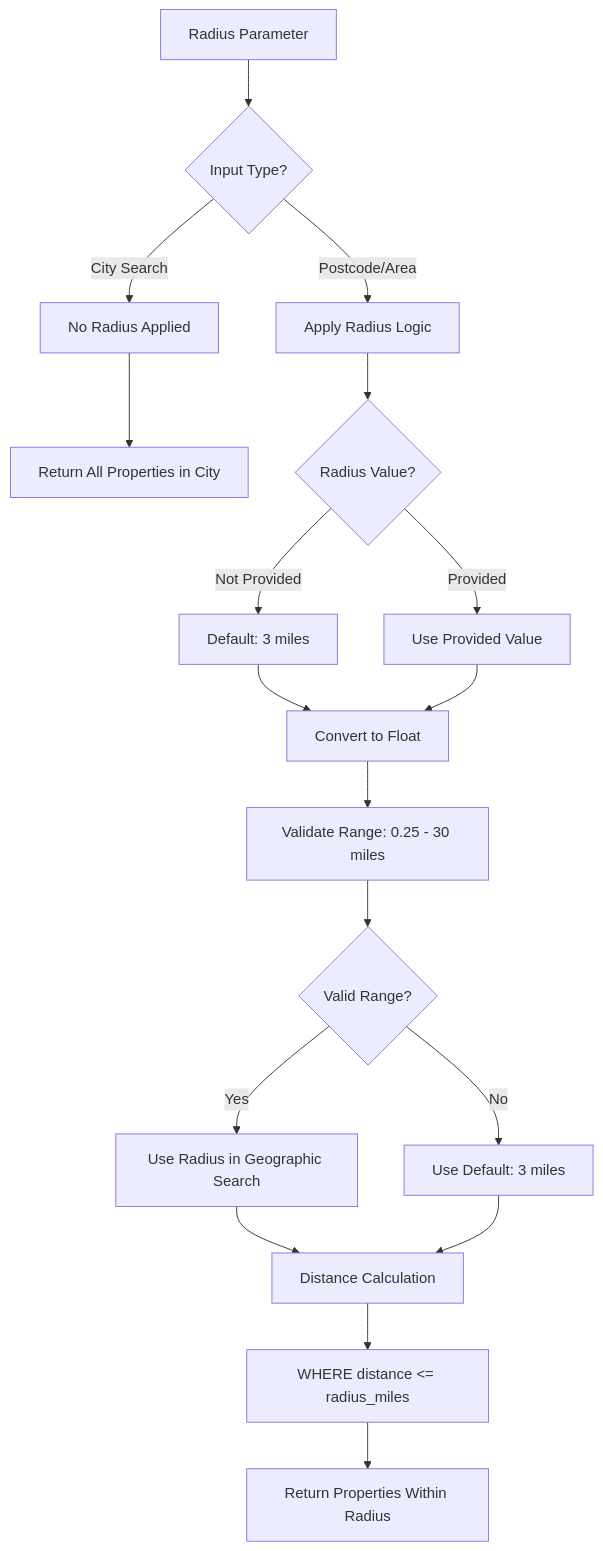
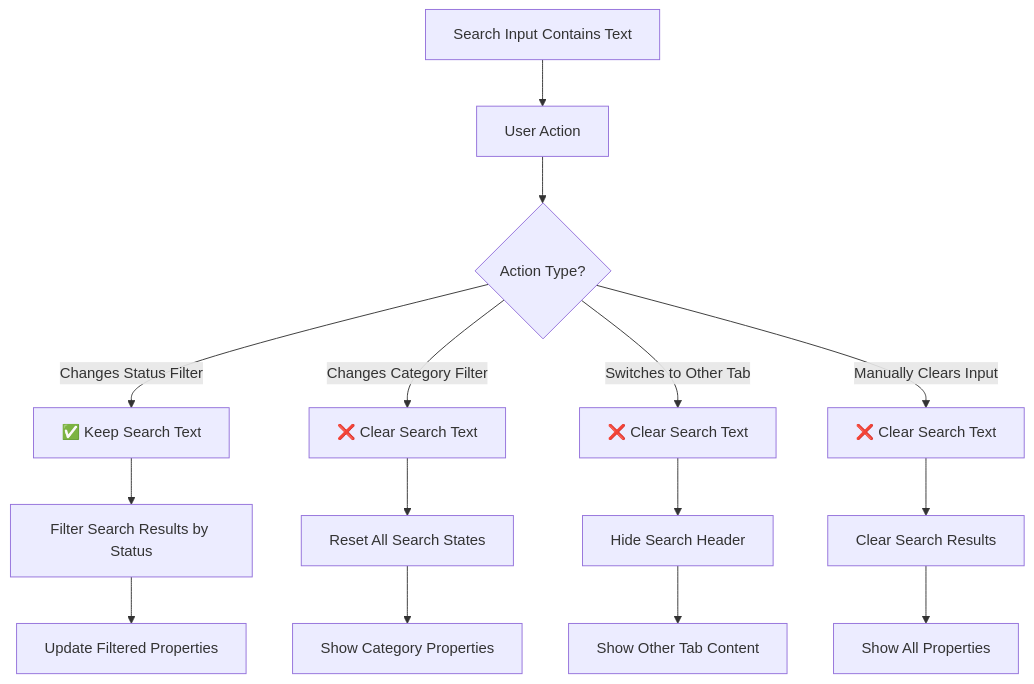
The sixth of 10 diagrams in PROFESSIONAL_SEARCH_FLOWCHART.md (FatemRahimi/Poperty-App), drawn with Mermaid before and after one commit. The commit also changed other lines of this file and 1 other file, not shown here.

````diff
--- a/PROFESSIONAL_SEARCH_FLOWCHART.md
+++ b/PROFESSIONAL_SEARCH_FLOWCHART.md
@@ -209,28 +127,20 @@
 ```mermaid
 flowchart TD
-    A[Radius Parameter] --> B{Input Type?}
+    A[Search Input Contains Text] --> B[User Action]
     
-    B -->|City Search| C[No Radius Applied]
-    B -->|Postcode/Area| D[Apply Radius Logic]
+    B --> C{Action Type?}
+    C -->|Changes Status Filter| D[✅ Keep Search Text]
+    C -->|Changes Category Filter| E[❌ Clear Search Text]
+    C -->|Switches to Other Tab| F[❌ Clear Search Text]
+    C -->|Manually Clears Input| G[❌ Clear Search Text]
     
-    C --> E[Return All Properties in City]
+    D --> H[Filter Search Results by Status]
+    E --> I[Reset All Search States]
+    F --> J[Hide Search Header]
+    G --> K[Clear Search Results]
     
-    D --> F{Radius Value?}
-    F -->|Not Provided| G[Default: 3 miles]
-    F -->|Provided| H[Use Provided Value]
-    
-    G --> I[Convert to Float]
-    H --> I
-    
-    I --> J[Validate Range: 0.25 - 30 miles]
-    J --> K{Valid Range?}
-    
-    K -->|Yes| L[Use Radius in Geographic Search]
-    K -->|No| M[Use Default: 3 miles]
-    
-    L --> N[Distance Calculation]
-    M --> N
-    
-    N --> O[WHERE distance <= radius_miles]
-    O --> P[Return Properties Within Radius]
+    H --> L[Update Filtered Properties]
+    I --> M[Show Category Properties]
+    J --> N[Show Other Tab Content]
+    K --> O[Show All Properties]
 ```
````
